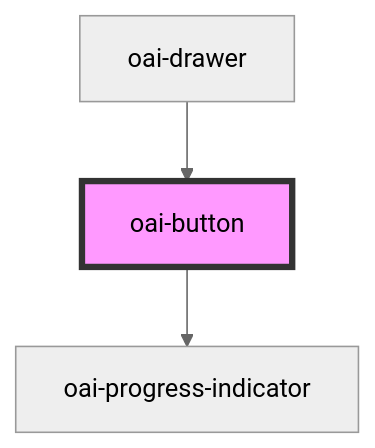
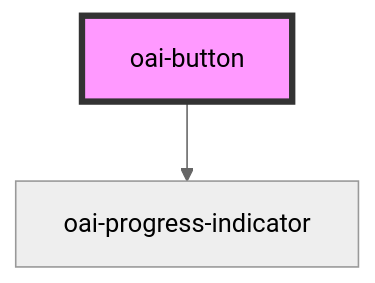
The diagram in src/components/button/readme.md (iamplus-sensiya/components-over-ai), drawn with Mermaid (neutral theme) before and after one commit. The commit also changed other lines of this file and 3 other files, not shown here.

````diff
--- a/src/components/button/readme.md
+++ b/src/components/button/readme.md
@@ -39,6 +39,5 @@
 ```mermaid
 graph TD;
   oai-button --> oai-progress-indicator
-  oai-drawer --> oai-button
   style oai-button fill:#f9f,stroke:#333,stroke-width:4px
 ```
````
